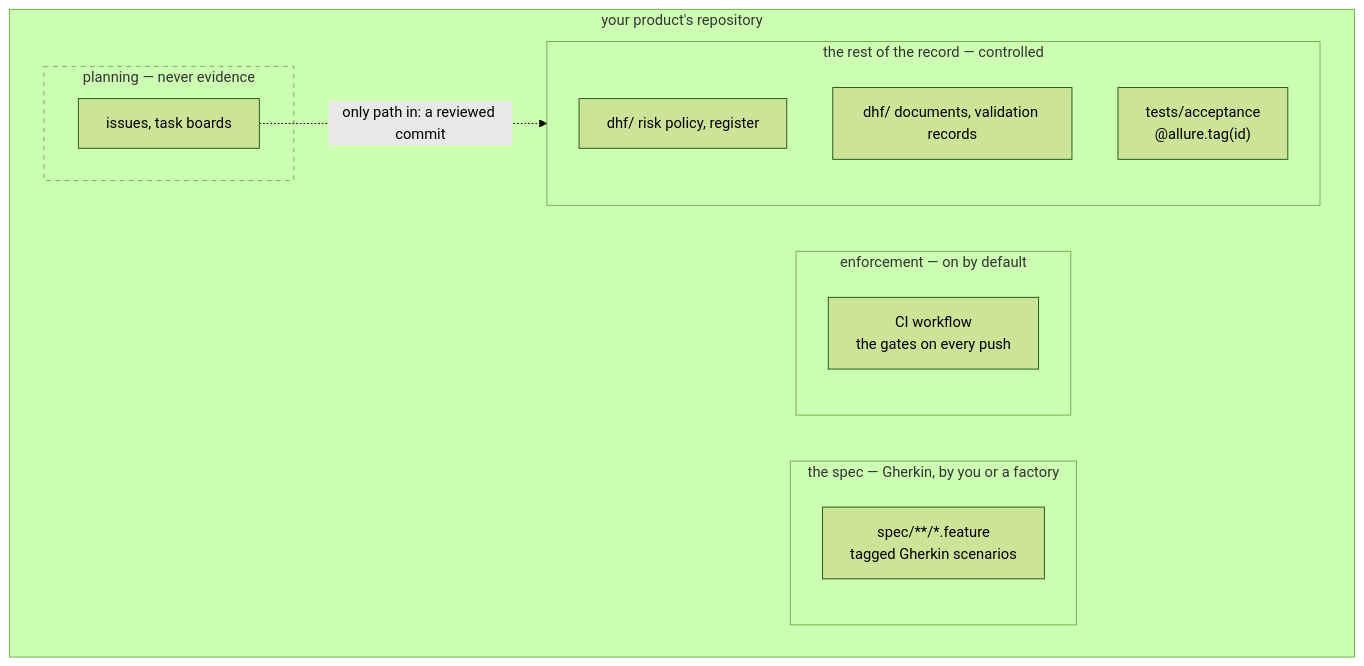
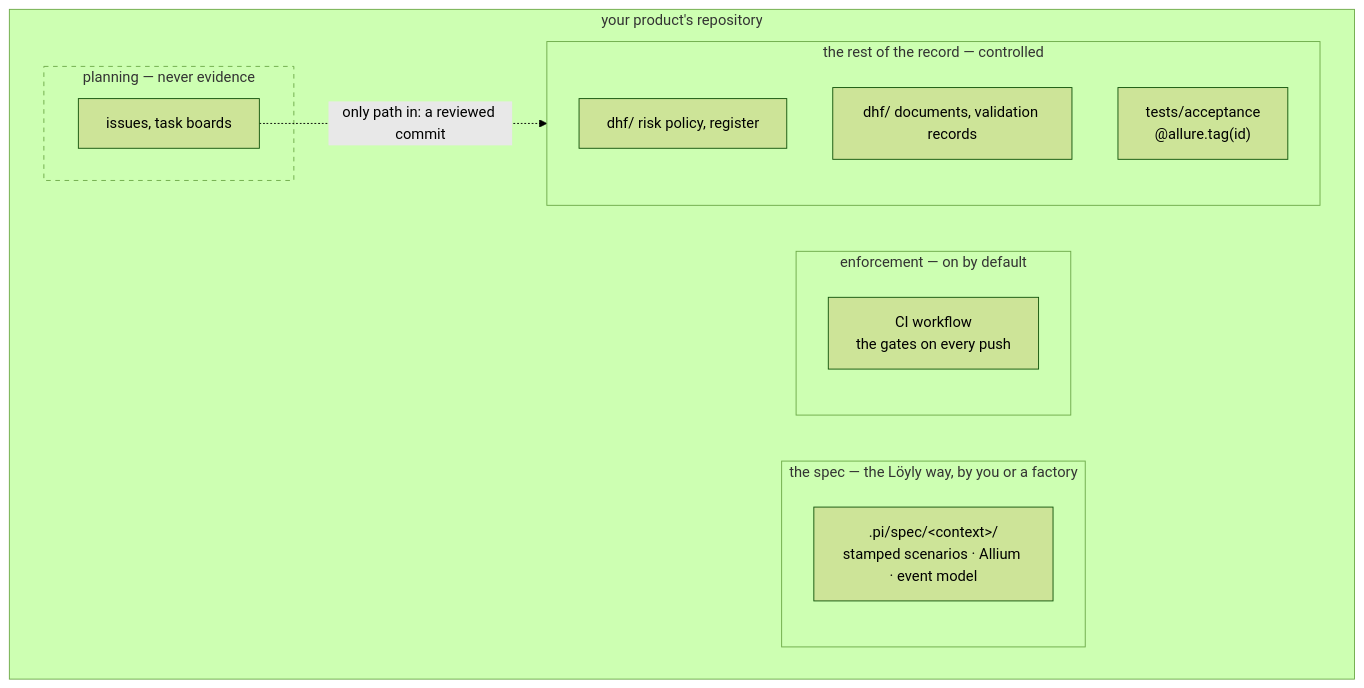
The second of 2 diagrams in docs/about/how-rdm-works.md (scope-impact/rdm), drawn with Mermaid (forest theme) before and after one commit. The commit also changed other lines of this file and 83 other files, not shown here.

````diff
--- a/docs/about/how-rdm-works.md
+++ b/docs/about/how-rdm-works.md
@@ -95,21 +95,21 @@
 ```mermaid
 flowchart TD
     subgraph repo["your product's repository"]
-        subgraph spec["the spec — Gherkin, by you or a factory"]
-            PLAN["spec/**/*.feature<br>tagged Gherkin scenarios"]
+        subgraph spec["the spec — the Löyly way, by you or a factory"]
+            PLAN[".pi/spec/&lt;context&gt;/<br>stamped scenarios · Allium · event model"]
         end
         subgraph record["the rest of the record — controlled"]
             RISKS["dhf/ risk policy, register"]
             DOCS["dhf/ documents, validation records"]
             TESTS["tests/acceptance<br>@allure.tag(id)"]
         end
         subgraph enforce["enforcement — on by default"]
             CI["CI workflow<br>the gates on every push"]
         end
         subgraph plan["planning — never evidence"]
             PM["issues, task boards"]
         end
     end
     PM -. "only path in: a reviewed commit" .-> record
     style plan stroke-dasharray: 5 5
 ```
````
